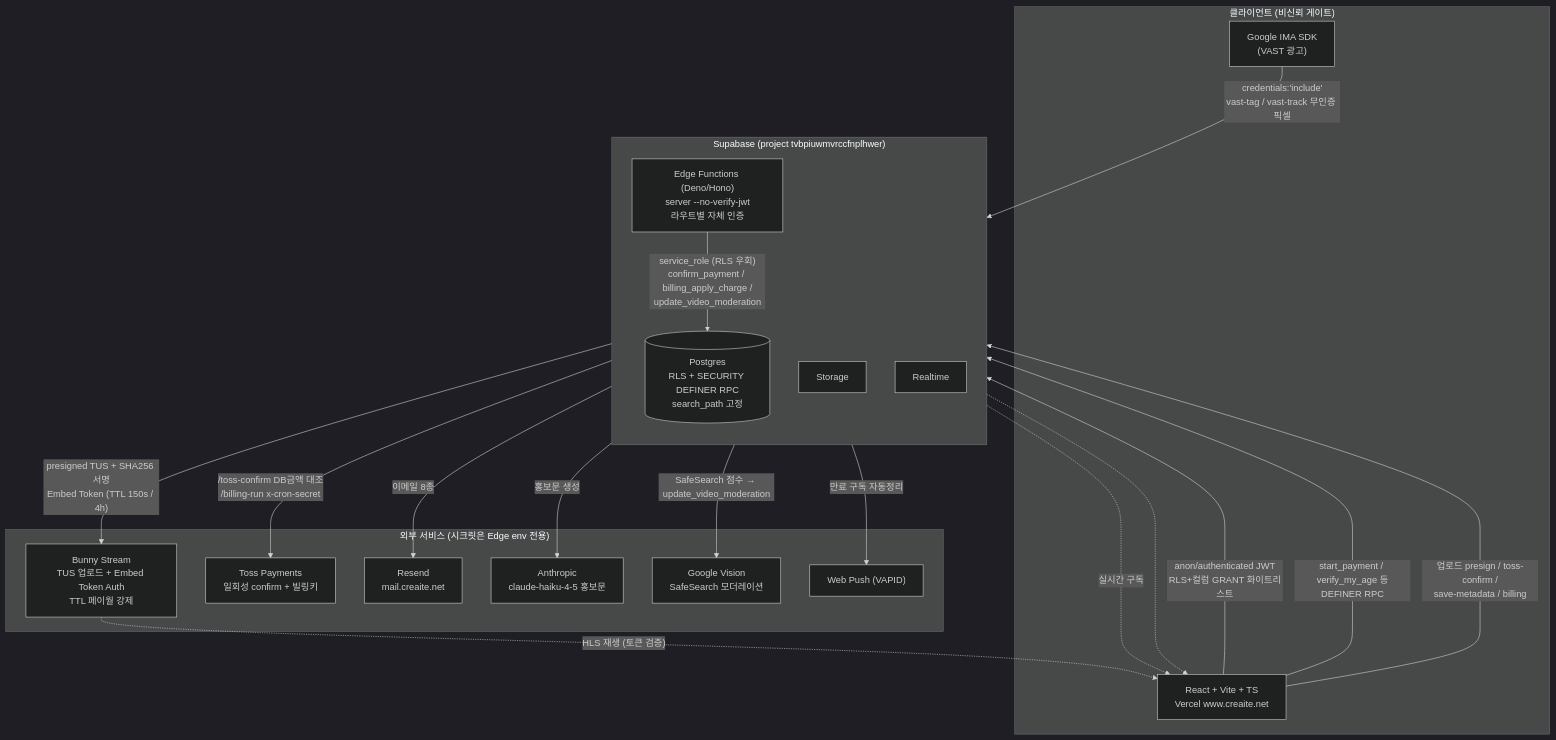
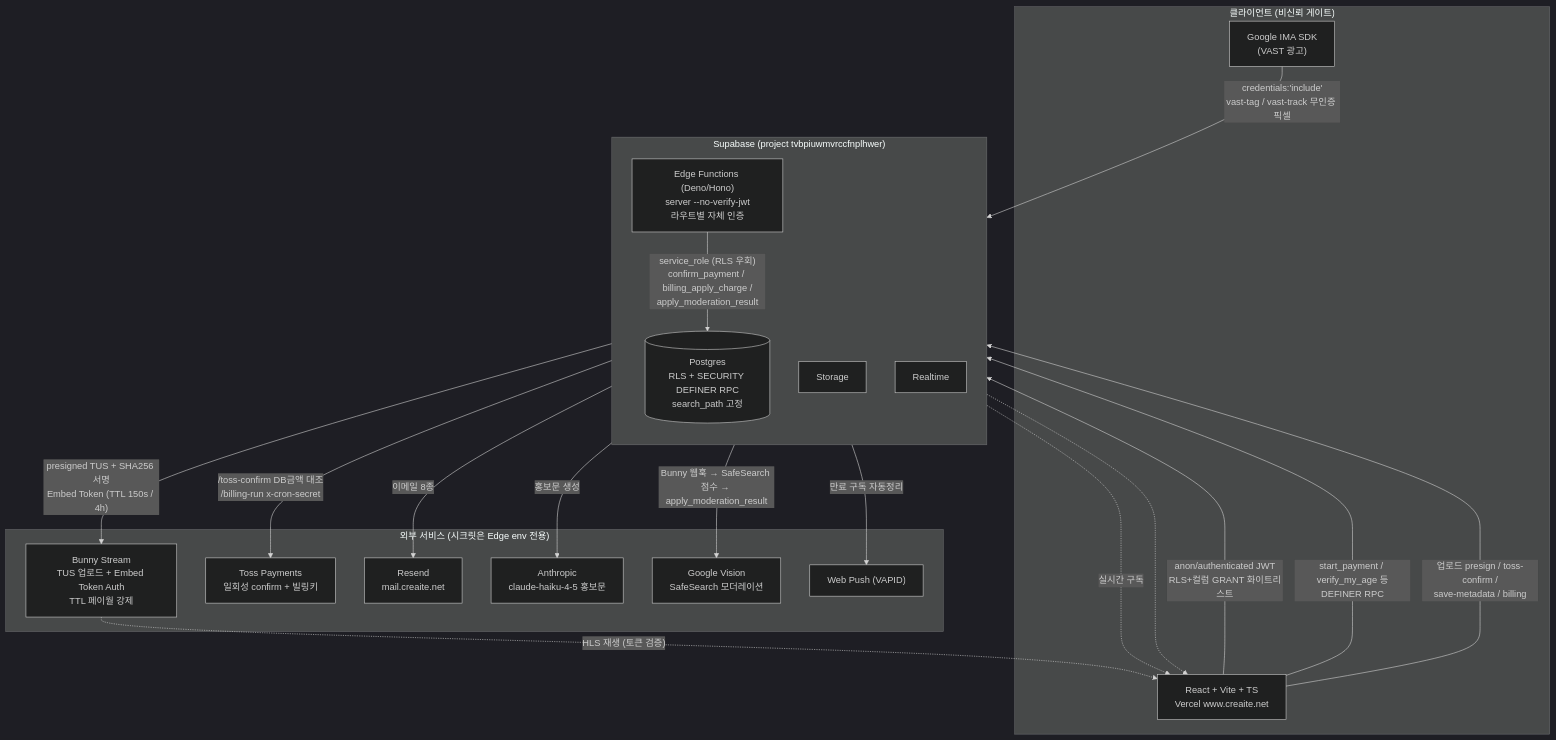
The first of 6 diagrams in docs/prd/09-policy-security-data-tech.md (crebiz-commits/ai-v-market), drawn with Mermaid (dark theme) before and after one commit. The commit also changed other lines of this file and 10 other files, not shown here.

````diff
--- a/docs/prd/09-policy-security-data-tech.md
+++ b/docs/prd/09-policy-security-data-tech.md
@@ -238,41 +273,41 @@
 ```mermaid
 flowchart TB
     subgraph Client["클라이언트 (비신뢰 게이트)"]
         Web["React + Vite + TS<br/>Vercel www.creaite.net"]
         IMA["Google IMA SDK<br/>(VAST 광고)"]
     end
 
     subgraph Supabase["Supabase (project tvbpiuwmvrccfnplhwer)"]
         direction TB
         PG[("Postgres<br/>RLS + SECURITY DEFINER RPC<br/>search_path 고정")]
         Edge["Edge Functions (Deno/Hono)<br/>server --no-verify-jwt<br/>라우트별 자체 인증"]
         Storage["Storage"]
         Realtime["Realtime"]
     end
 
     subgraph External["외부 서비스 (시크릿은 Edge env 전용)"]
         Bunny["Bunny Stream<br/>TUS 업로드 + Embed Token Auth<br/>TTL 페이월 강제"]
         Toss["Toss Payments<br/>일회성 confirm + 빌링키"]
         Resend["Resend<br/>mail.creaite.net"]
         Anthropic["Anthropic<br/>claude-haiku-4-5 홍보문"]
         Vision["Google Vision<br/>SafeSearch 모더레이션"]
         WebPush["Web Push (VAPID)"]
     end
 
     Web -->|"anon/authenticated JWT<br/>RLS+컬럼 GRANT 화이트리스트"| PG
     Web -->|"start_payment / verify_my_age 등<br/>DEFINER RPC"| PG
     Web -->|"업로드 presign / toss-confirm /<br/>save-metadata / billing"| Edge
     IMA -->|"credentials:'include'<br/>vast-tag / vast-track 무인증 픽셀"| Edge
 
-    Edge -->|"service_role (RLS 우회)<br/>confirm_payment / billing_apply_charge /<br/>update_video_moderation"| PG
+    Edge -->|"service_role (RLS 우회)<br/>confirm_payment / billing_apply_charge /<br/>apply_moderation_result"| PG
     Edge -->|"presigned TUS + SHA256 서명<br/>Embed Token (TTL 150s / 4h)"| Bunny
     Edge -->|"/toss-confirm DB금액 대조<br/>/billing-run x-cron-secret"| Toss
     Edge -->|"이메일 8종"| Resend
     Edge -->|"홍보문 생성"| Anthropic
-    Edge -->|"SafeSearch 점수 → update_video_moderation"| Vision
+    Edge -->|"Bunny 웹훅 → SafeSearch 점수 → apply_moderation_result"| Vision
     Edge -->|"만료 구독 자동정리"| WebPush
 
     Bunny -.->|"HLS 재생 (토큰 검증)"| Web
     Realtime -.->|"실시간 구독"| Web
     Storage -.-> Web
 ```
````
